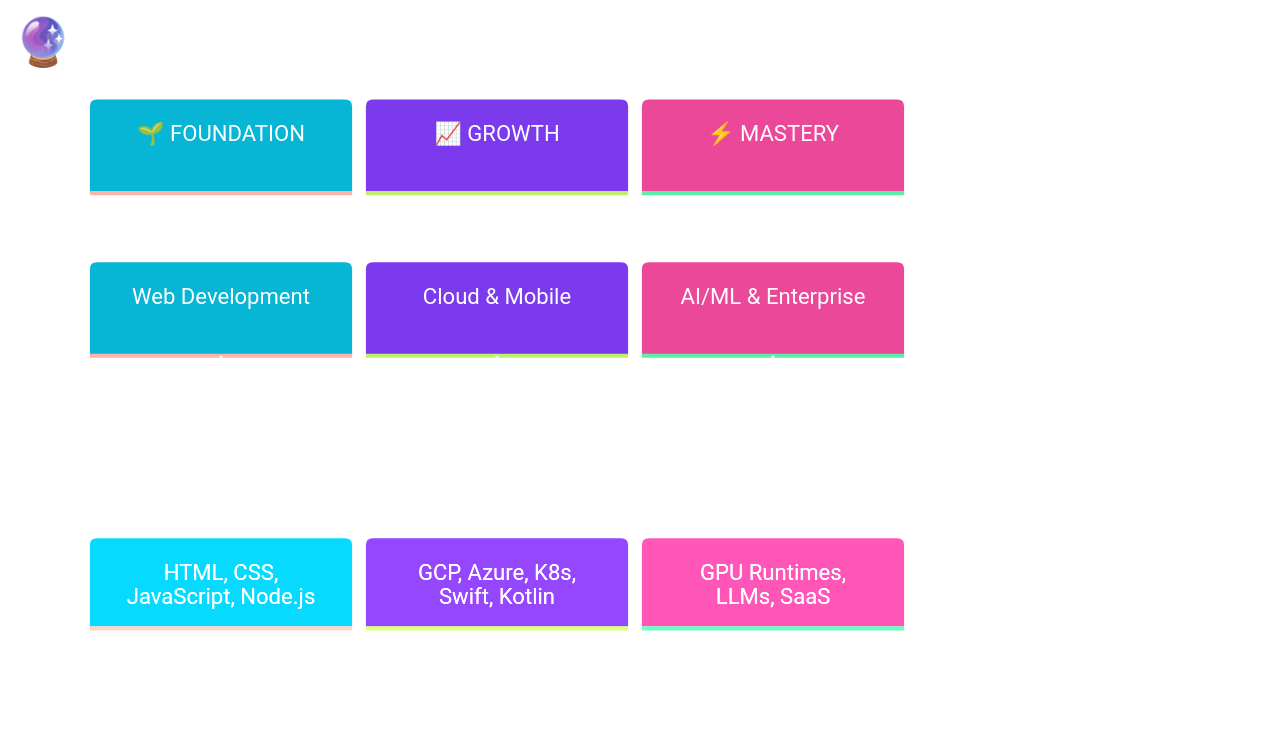
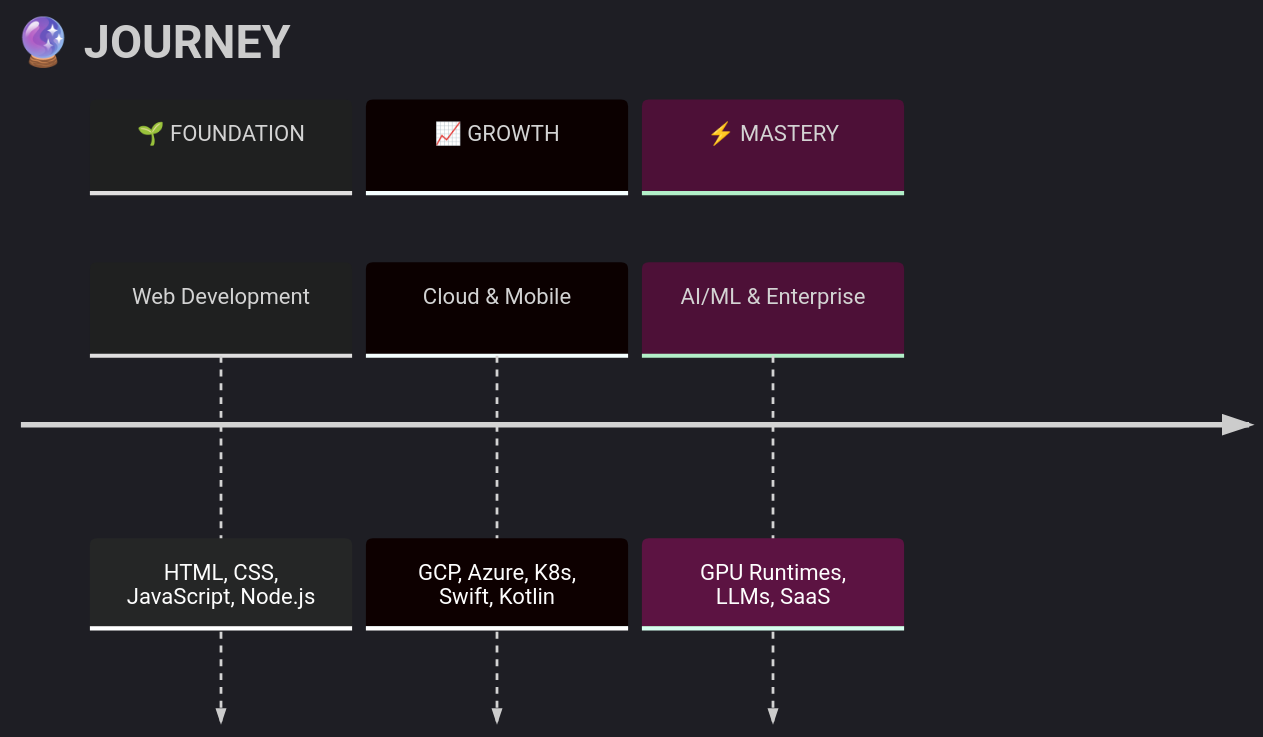
One commit to yash1511-bogam/yash1511-bogam changed the third of 3 diagrams in README.md. Above: the diagram before and after it, drawn with Mermaid. The commit also changed other lines of this file, not shown here.

Commit message:
White text, dark theme mermaid, clean contrast

````diff
--- a/README.md
+++ b/README.md
@@ -188,11 +188,11 @@
 ```mermaid
-%%{init: {'theme': 'base', 'themeVariables': { 'primaryColor': '#7c3aed', 'primaryTextColor': '#ffffff', 'cScale0': '#06b6d4', 'cScale1': '#7c3aed', 'cScale2': '#ec4899', 'cScaleLabel0': '#ffffff', 'cScaleLabel1': '#ffffff', 'cScaleLabel2': '#ffffff'}}}%%
+%%{init: {'theme': 'dark'}}%%
 timeline
     title 🔮 JOURNEY
     section 🌱 FOUNDATION
         Web Development : HTML, CSS, JavaScript, Node.js
     section 📈 GROWTH  
         Cloud & Mobile : GCP, Azure, K8s, Swift, Kotlin
     section ⚡ MASTERY
         AI/ML & Enterprise : GPU Runtimes, LLMs, SaaS
 ```
````
